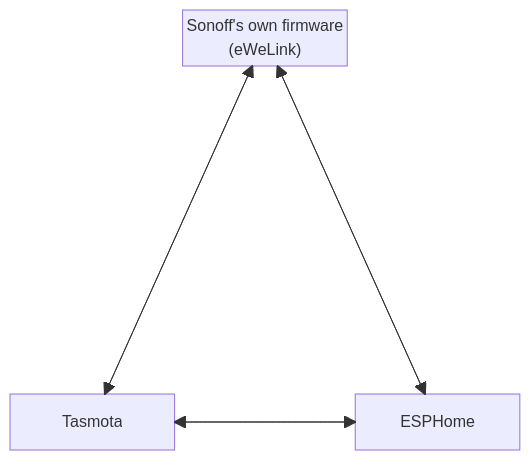
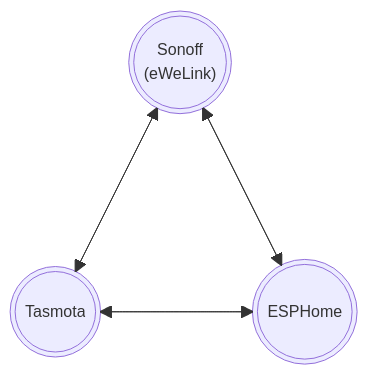
Before and after one commit to adamsthws/Sonoff-OTA: the diagram in README.md, drawn with Mermaid. The commit also changed 1 other file, not shown here.

Commit message:
Keep the Wi-Fi given in .env out of the emulator
unattended-test.sh hands the run its .env answers. With S60_WIFI_SSID and
S60_WIFI_PASSWORD in it - for a real plug on ESPHome - the emulated plug was
given the real network's password with the emulator's network name, and could
not join; and the real password was written into the emulated plug's flash.
Those lines are now left out: the emulator's own Wi-Fi is given instead.

````diff
--- a/README.md
+++ b/README.md
@@ -145,17 +4,15 @@
 ```mermaid
+%%{init: {"themeCSS": ".outer-circle { display: none; }", "block": {"padding": 20}}}%%
 block-beta
   columns 3
-  space S["Sonoff's own firmware<br/>(eWeLink)"] space
+  space S((("Sonoff<br/>(eWeLink)"))) H["&nbsp;&nbsp;&nbsp;&nbsp;&nbsp;&nbsp;&nbsp;&nbsp;"]
   space:3
-  space:3
-  space:3
-  space:3
-  space:3
-  T["Tasmota"] space E["ESPHome"]
+  T((("Tasmota"))) space E((("ESPHome")))
   S --> T
   T --> S
   S --> E
   E --> S
   T --> E
   E --> T
+  style H fill:none,stroke:none
 ```
````
